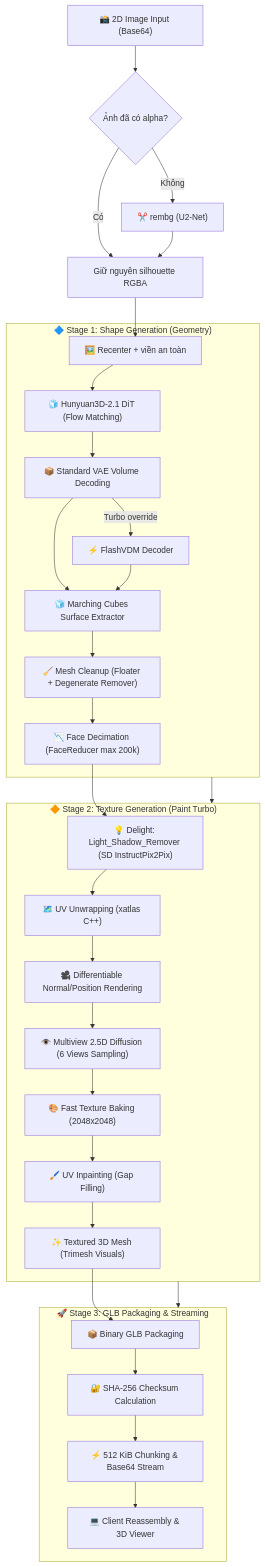
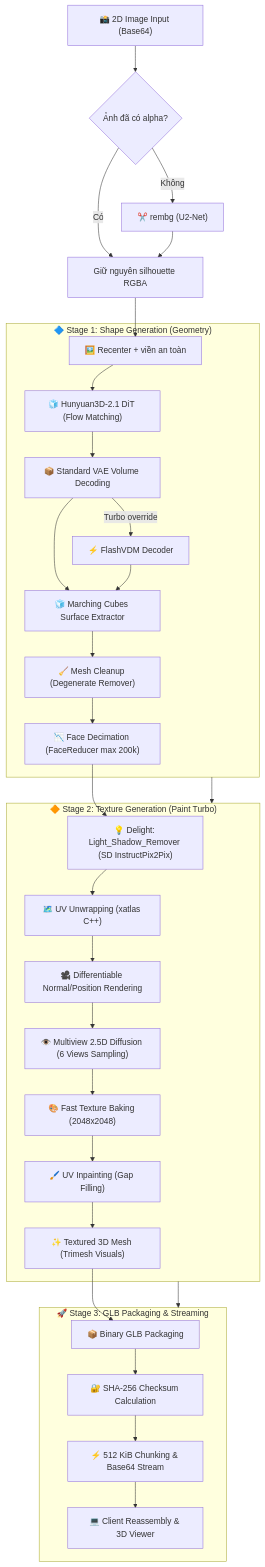
Before and after one commit to yuika-sama/3d_hunyuan_be_test: the diagram in README.md, drawn with Mermaid. The commit also changed other lines of this file and 5 other files, not shown here.

````diff
--- a/README.md
+++ b/README.md
@@ -9,38 +9,38 @@
 ```mermaid
 flowchart TD
     A["📸 2D Image Input (Base64)"] --> B{"Ảnh đã có alpha?"}
     B -->|Có| C["Giữ nguyên silhouette RGBA"]
     B -->|Không| B2["✂️ rembg (U2-Net)"]
     B2 --> C
     C --> C2["🖼️ Recenter + viền an toàn"]
     
     subgraph SG ["🔷 Stage 1: Shape Generation (Geometry)"]
         C2 --> D["🧊 Hunyuan3D-2.1 DiT (Flow Matching)"]
         D --> E["📦 Standard VAE Volume Decoding"]
         E -->|Turbo override| E_FB["⚡ FlashVDM Decoder"]
         E --> F["🧊 Marching Cubes Surface Extractor"]
         E_FB --> F
-        F --> G["🧹 Mesh Cleanup (Floater + Degenerate Remover)"]
+        F --> G["🧹 Mesh Cleanup (Degenerate Remover)"]
         G --> H["📉 Face Decimation (FaceReducer max 200k)"]
     end
 
     subgraph TG ["🔶 Stage 2: Texture Generation (Paint Turbo)"]
         H --> I["💡 Delight: Light_Shadow_Remover (SD InstructPix2Pix)"]
         I --> J["🗺️ UV Unwrapping (xatlas C++)"]
         J --> K["🎥 Differentiable Normal/Position Rendering"]
         K --> L["👁️ Multiview 2.5D Diffusion (6 Views Sampling)"]
         L --> M["🎨 Fast Texture Baking (2048x2048)"]
         M --> N["🖌️ UV Inpainting (Gap Filling)"]
         N --> O["✨ Textured 3D Mesh (Trimesh Visuals)"]
     end
 
     subgraph EXP ["🚀 Stage 3: GLB Packaging & Streaming"]
         O --> P["📦 Binary GLB Packaging"]
         P --> Q["🔐 SHA-256 Checksum Calculation"]
         Q --> R["⚡ 512 KiB Chunking & Base64 Stream"]
         R --> S["💻 Client Reassembly & 3D Viewer"]
     end
 
     SG --> TG
     TG --> EXP
 ```
````
